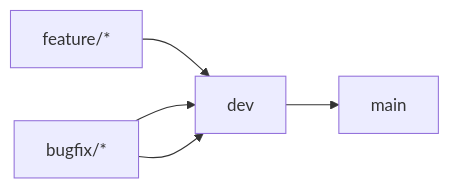
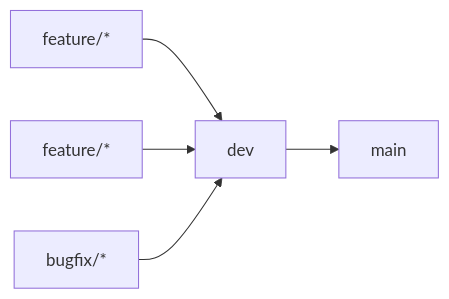
One commit to clippydsdone/clippy-frontend changed the diagram in README.md. Above: the diagram before and after it, drawn with Mermaid.

````diff
--- a/README.md
+++ b/README.md
@@ -20,7 +20,7 @@
 ```mermaid
   graph LR;
       A[feature/*] --> R[dev];
       B[feature/*] --> R[dev];
-      B[bugfix/*] --> R[dev];
+      C[bugfix/*] --> R[dev];
       R --> M[main];
 ```
````
